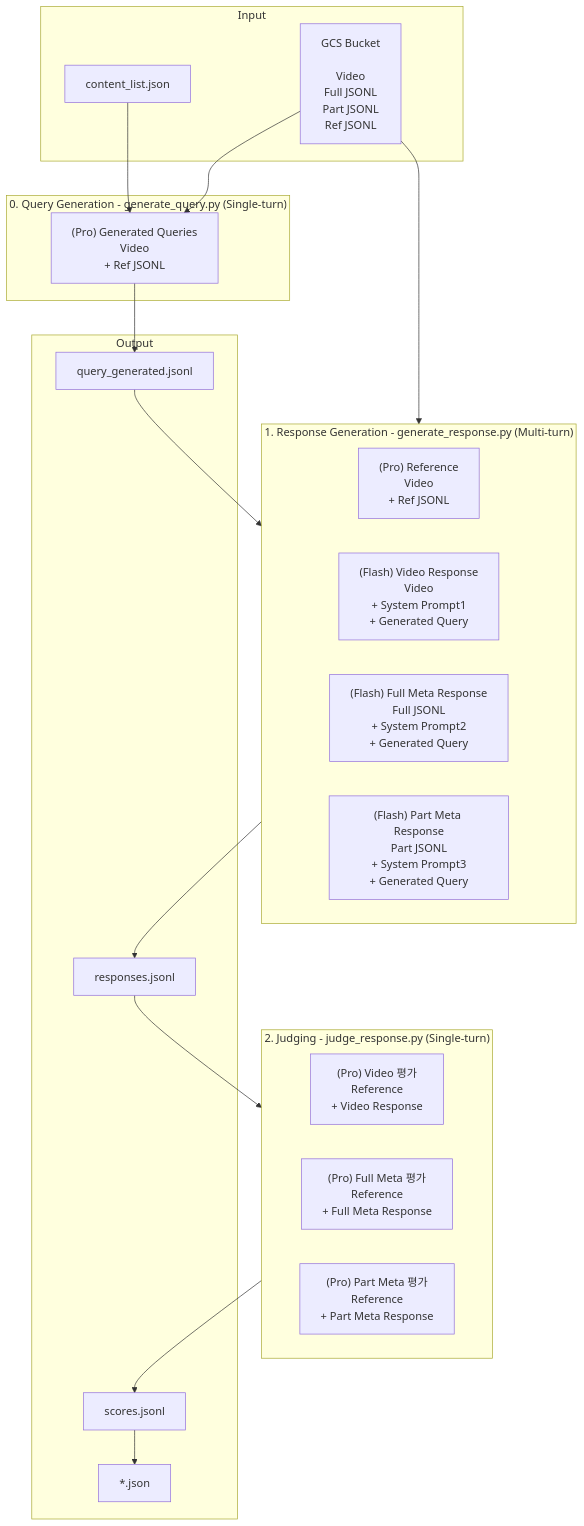
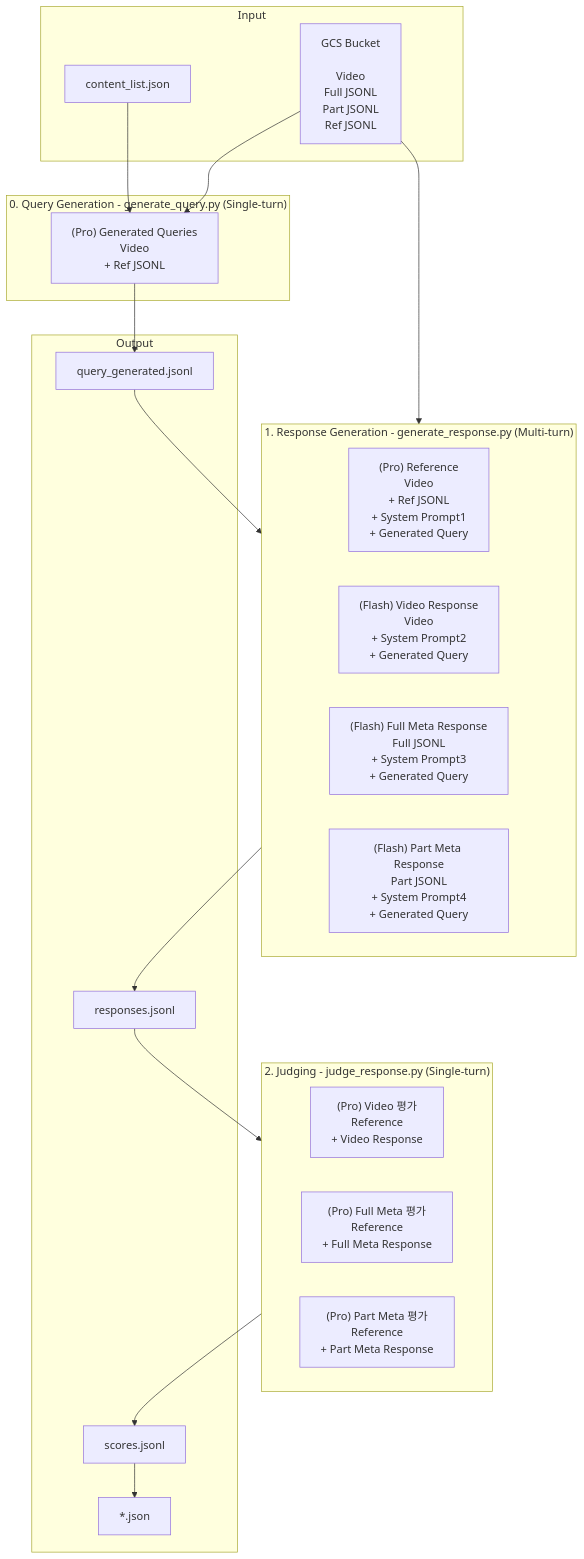
Before and after one commit to obeychoi0120/LLMJudge: the diagram in README.md, drawn with Mermaid.

````diff
--- a/README.md
+++ b/README.md
@@ -13,43 +13,43 @@
 ```mermaid
 flowchart TB
     subgraph INPUT["Input"]
         CL["content_list.json"]
         GCS["GCS Bucket\n\nVideo\nFull JSONL\nPart JSONL\nRef JSONL"]
     end
 
     subgraph STAGE0["0. Query Generation - generate_query.py (Single-turn)"]
         QG["(Pro) Generated Queries\nVideo\n+ Ref JSONL"]
     end
 
     subgraph STAGE1["1. Response Generation - generate_response.py (Multi-turn)"]
         direction LR
-        REF["(Pro) Reference\nVideo\n+ Ref JSONL"]
-        MODE_V["(Flash) Video Response \nVideo\n+ System Prompt1\n+ Generated Query"]
-        MODE_F["(Flash) Full Meta Response\nFull JSONL\n+ System Prompt2\n+ Generated Query"]
-        MODE_P["(Flash) Part Meta Response\nPart JSONL\n+ System Prompt3\n+ Generated Query"]
+        REF["(Pro) Reference\nVideo\n+ Ref JSONL\n+ System Prompt1\n+ Generated Query"]
+        MODE_V["(Flash) Video Response \nVideo\n+ System Prompt2\n+ Generated Query"]
+        MODE_F["(Flash) Full Meta Response\nFull JSONL\n+ System Prompt3\n+ Generated Query"]
+        MODE_P["(Flash) Part Meta Response\nPart JSONL\n+ System Prompt4\n+ Generated Query"]
     end 
 
     subgraph STAGE2["2. Judging - judge_response.py (Single-turn)"]
         direction LR
         J_V["(Pro) Video 평가\nReference\n+ Video Response"]
         J_F["(Pro) Full Meta 평가\nReference\n+ Full Meta Response"]
         J_P["(Pro) Part Meta 평가\nReference\n+ Part Meta Response"]   
     end
 
     subgraph OUTPUT["Output"]
         QGO["query_generated.jsonl"]
         RSP["responses.jsonl"]
         SCR["scores.jsonl"]
         JSON["*.json"]
     end
 
     CL --> QG
     GCS --> QG
     QG --> QGO
     QGO --> STAGE1
     GCS --> STAGE1
     STAGE1 --> RSP
     RSP --> STAGE2
     STAGE2 --> SCR
     SCR --> JSON
 ```
````
